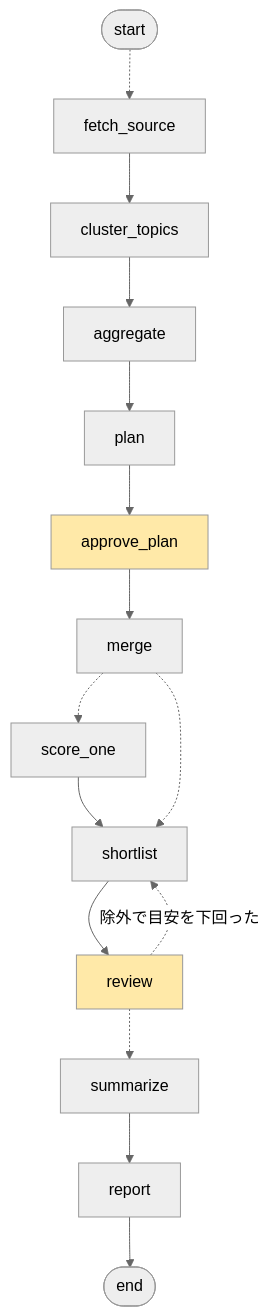
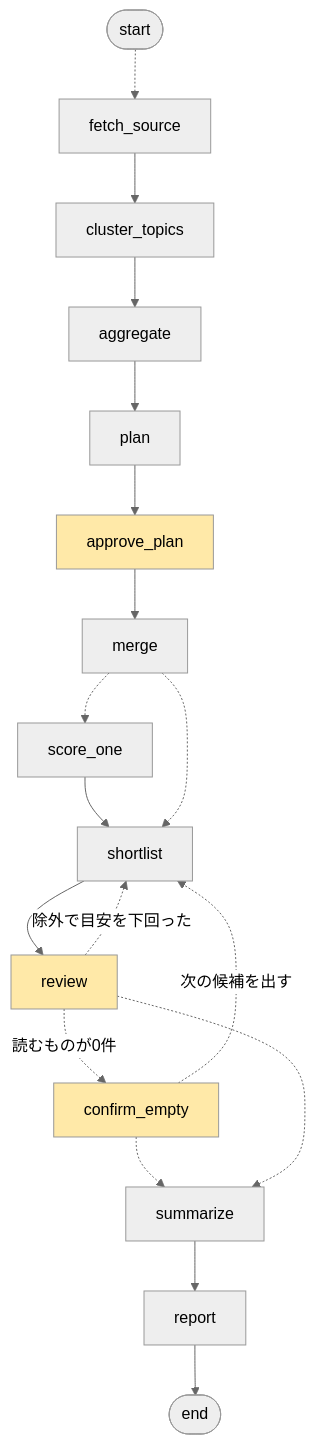
One commit to nagayoshi3/tsundoku-research-agent changed the diagram in README.md. Above: the diagram before and after it, drawn with Mermaid (neutral theme). The commit also changed 2 other files, not shown here.

Commit message:
Document the confirm_empty node
Update the graph in CLAUDE.md, the README Mermaid diagram and the F-11 /
F-14 / State sections of the functional spec for the new confirm_empty
node. Also fix the spec's stale routing ("report" -> summarize, and the
"end" branch now returns done), and note in CLAUDE.md not to interrupt
after a side effect in the same node.

````diff
--- a/README.md
+++ b/README.md
@@ -15,13 +15,17 @@
 ```mermaid
 graph TD
     S([start]) -.-> fetch_source
     fetch_source --> cluster_topics --> aggregate --> plan --> approve_plan
     approve_plan --> merge
     merge -.-> score_one --> shortlist
     merge -.-> shortlist
     shortlist --> review
     review -.->|除外で目安を下回った| shortlist
+    review -.->|読むものが0件| confirm_empty
+    confirm_empty -.->|次の候補を出す| shortlist
+    confirm_empty -.-> summarize
     review -.-> summarize --> report --> E([end])
     style approve_plan fill:#ffe9a8
     style review fill:#ffe9a8
+    style confirm_empty fill:#ffe9a8
 ```
````
